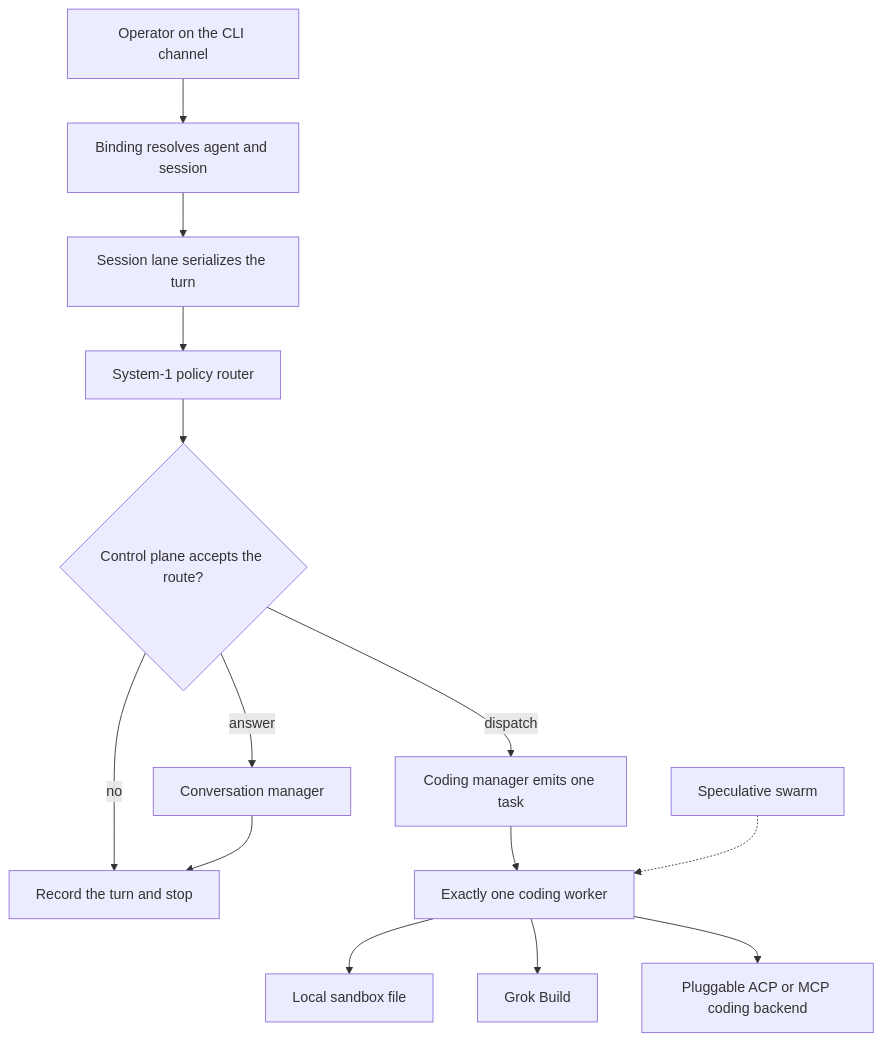
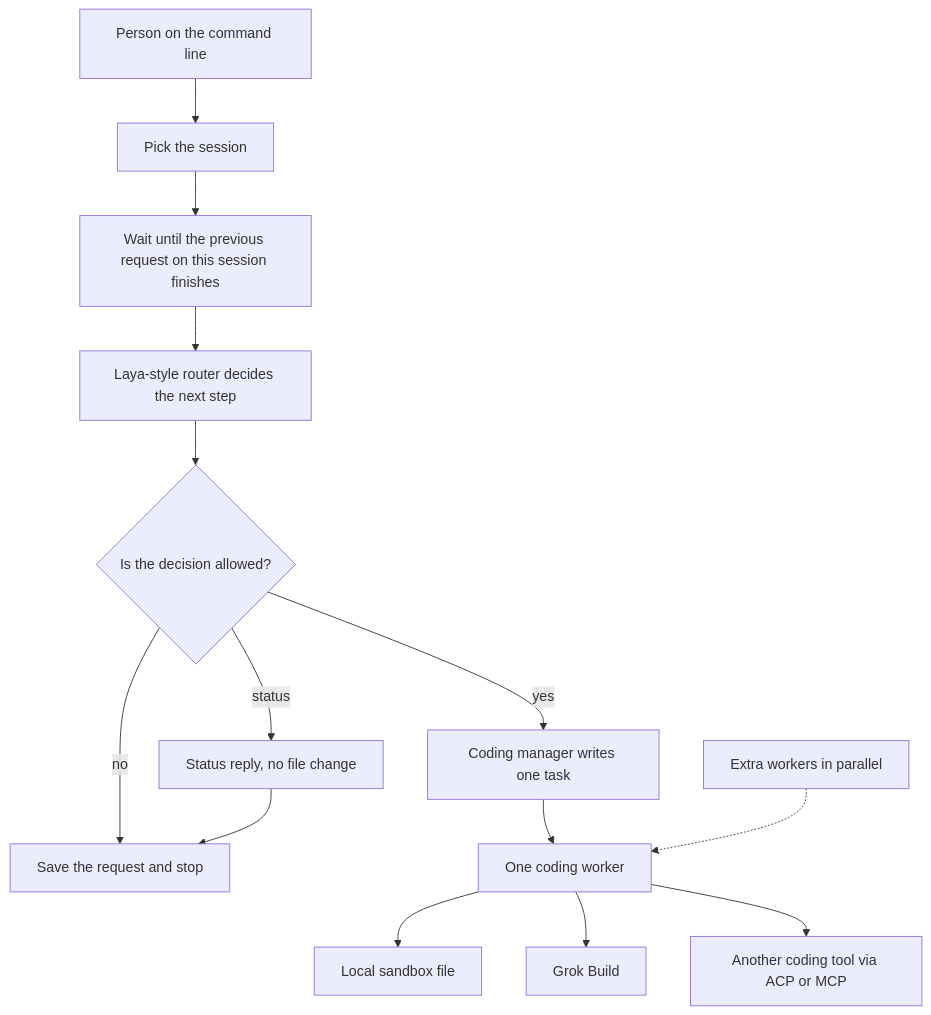
Before and after one commit to bgagandeep/OpenCodingPartner: the diagram in ARCHITECTURE.md, drawn with Mermaid. The commit also changed other lines of this file and 2 other files, not shown here.

First line of the commit message:
Rewrite the architecture in plain sentences

````diff
--- a/ARCHITECTURE.md
+++ b/ARCHITECTURE.md
@@ -5,16 +5,16 @@
 ```mermaid
 flowchart TD
-  operator[Operator on the CLI channel] --> bind[Binding resolves agent and session]
-  bind --> lane[Session lane serializes the turn]
-  lane --> policy[System-1 policy router]
-  policy --> gate{Control plane accepts the route?}
-  gate -->|no| stop[Record the turn and stop]
-  gate -->|answer| conversation[Conversation manager]
-  gate -->|dispatch| coding[Coding manager emits one task]
+  operator[Person on the command line] --> bind[Pick the session]
+  bind --> lane[Wait until the previous request on this session finishes]
+  lane --> policy[Laya-style router decides the next step]
+  policy --> gate{Is the decision allowed?}
+  gate -->|no| stop[Save the request and stop]
+  gate -->|status| conversation[Status reply, no file change]
+  gate -->|yes| coding[Coding manager writes one task]
   conversation --> stop
-  coding --> worker[Exactly one coding worker]
+  coding --> worker[One coding worker]
   worker --> sandbox[Local sandbox file]
   worker --> grok[Grok Build]
-  worker --> plug[Pluggable ACP or MCP coding backend]
-  swarm[Speculative swarm] -.-> worker
+  worker --> plug[Another coding tool via ACP or MCP]
+  swarm[Extra workers in parallel] -.-> worker
 ```
````
